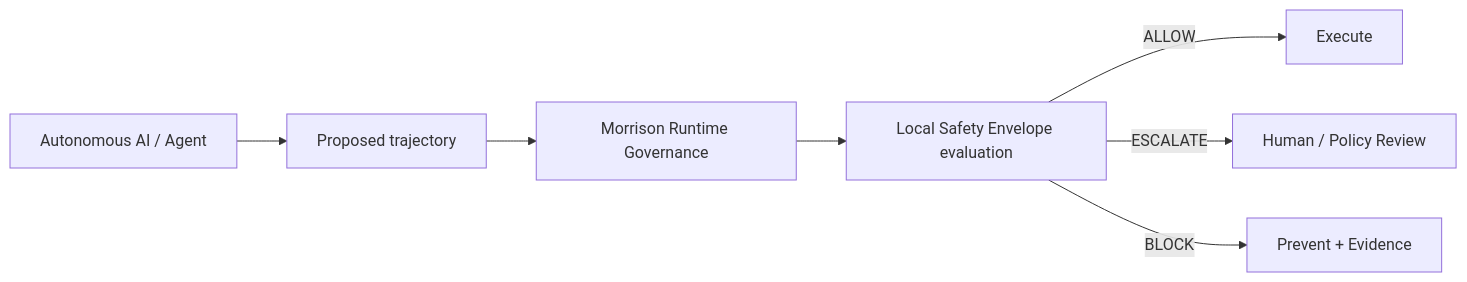
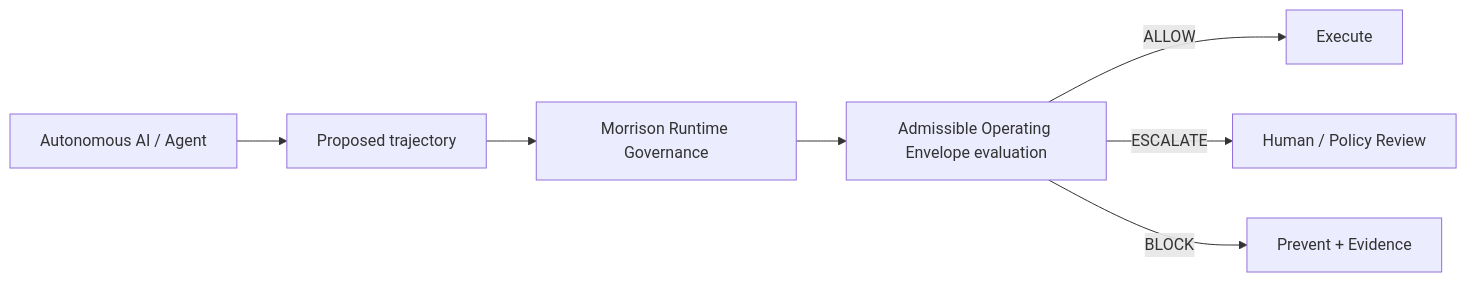
One commit to davarntrades/Morrison-Runtime-Governance changed the first of 2 diagrams in README.md. Above: the diagram before and after it, drawn with Mermaid. The commit also changed other lines of this file, not shown here.

First line of the commit message:
Rename local Safety Envelope to Admissible Operating Envelope in README

````diff
--- a/README.md
+++ b/README.md
@@ -173,9 +171,9 @@
 ```mermaid
 flowchart LR
     A[Autonomous AI / Agent] --> T[Proposed trajectory]
     T --> M[Morrison Runtime Governance]
-    M --> E[Local Safety Envelope evaluation]
+    M --> E[Admissible Operating Envelope evaluation]
     E -->|ALLOW| X[Execute]
     E -->|ESCALATE| H[Human / Policy Review]
     E -->|BLOCK| B[Prevent + Evidence]
 ```
````
